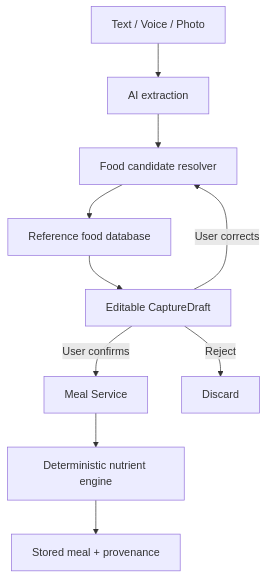
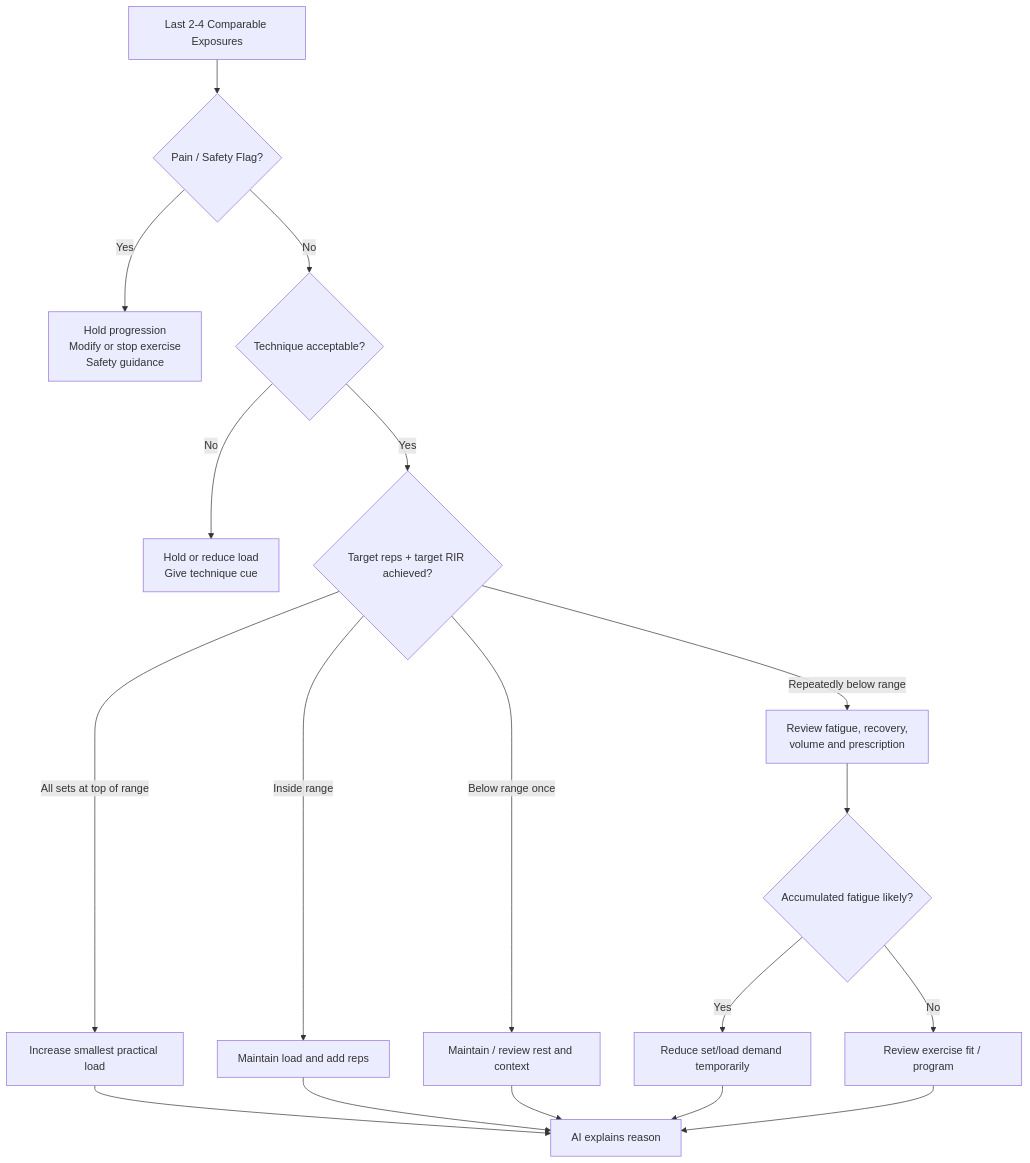
Before and after one commit to Awadesh365/LifeOS: the second of 2 diagrams in deep-research-report.md, drawn with Mermaid. The commit also changed other lines of this file and 17 other files, not shown here.

````diff
--- a/deep-research-report.md
+++ b/deep-research-report.md
@@ -737,13 +767,25 @@
 ```mermaid
 flowchart TD
-    A[Text / Voice / Photo] --> B[AI extraction]
-    B --> C[Food candidate resolver]
-    C --> D[Reference food database]
-    D --> E[Editable CaptureDraft]
-    E -->|User confirms| F[Meal Service]
-    F --> G[Deterministic nutrient engine]
-    G --> H[Stored meal + provenance]
+    A[Last 2-4 Comparable Exposures] --> B{Pain / Safety Flag?}
 
-    E -->|User corrects| C
-    E -->|Reject| I[Discard]
+    B -->|Yes| S[Hold progression<br/>Modify or stop exercise<br/>Safety guidance]
+    B -->|No| C{Technique acceptable?}
+
+    C -->|No| T[Hold or reduce load<br/>Give technique cue]
+    C -->|Yes| D{Target reps + target RIR achieved?}
+
+    D -->|All sets at top of range| E[Increase smallest practical load]
+    D -->|Inside range| F[Maintain load and add reps]
+    D -->|Below range once| G[Maintain / review rest and context]
+    D -->|Repeatedly below range| H[Review fatigue, recovery,<br/>volume and prescription]
+
+    H --> I{Accumulated fatigue likely?}
+    I -->|Yes| J[Reduce set/load demand temporarily]
+    I -->|No| K[Review exercise fit / program]
+
+    E --> X[AI explains reason]
+    F --> X
+    G --> X
+    J --> X
+    K --> X
 ```
````
